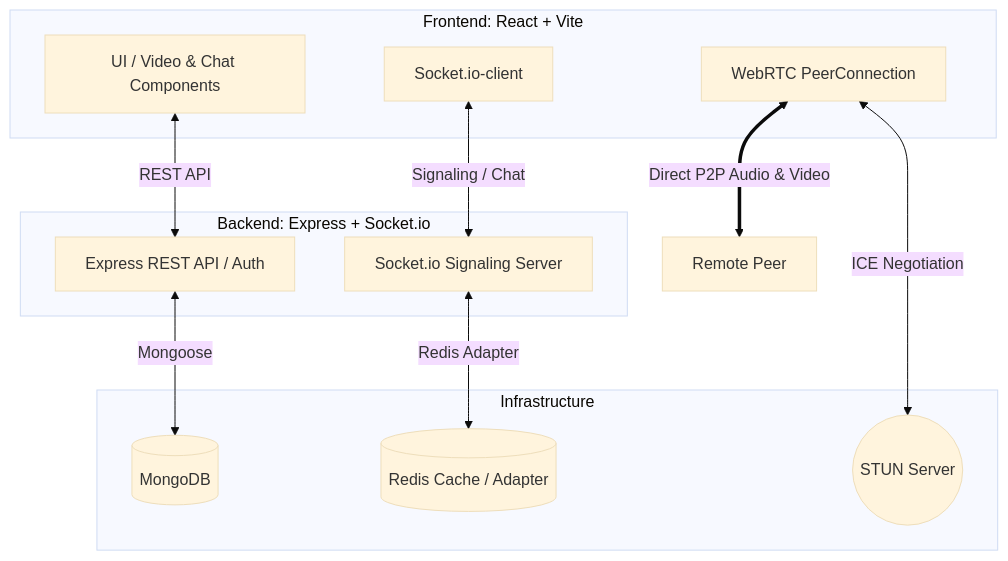
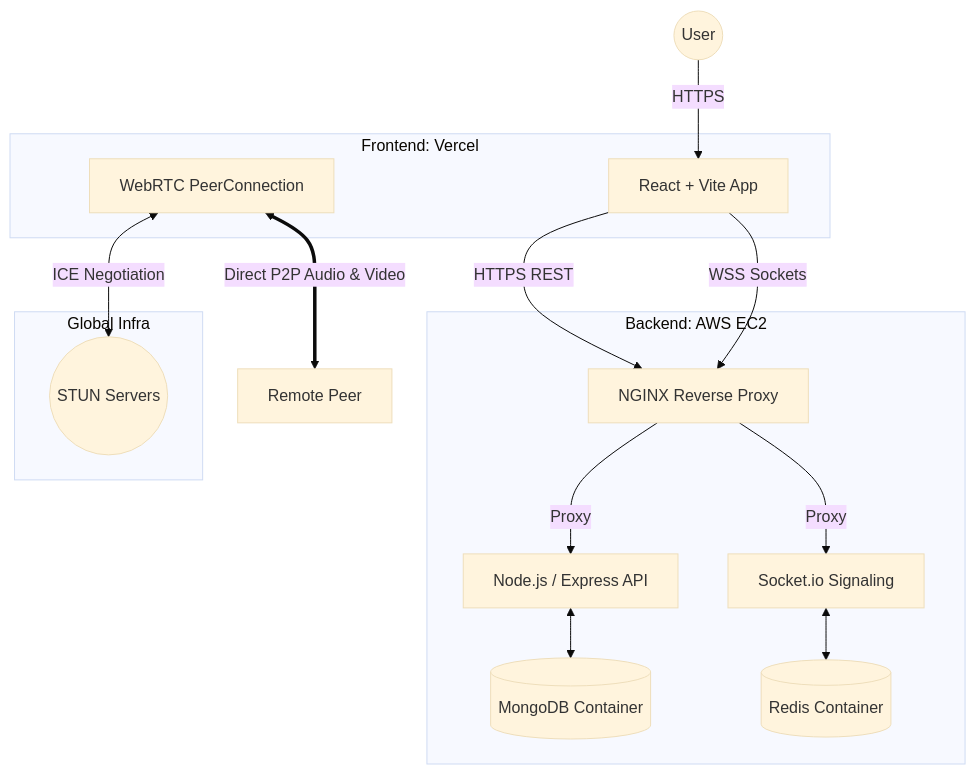
The diagram in README.md (subhadipm08/meetix), drawn with Mermaid (base theme) before and after one commit. The commit also changed other lines of this file, not shown here.

Commit message:
Update README with professional styling and architecture diagrams

````diff
--- a/README.md
+++ b/README.md
@@ -14,24 +41,27 @@
 ```mermaid
 graph TD
-    subgraph Client [Frontend: React + Vite]
-        C1[UI / Video & Chat Components]
+    subgraph Frontend [Frontend: Vercel]
+        C1[React + Vite App]
         C2[WebRTC PeerConnection]
-        C3[Socket.io-client]
     end
-    subgraph Server [Backend: Express + Socket.io]
-        S1[Express REST API / Auth]
-        S2[Socket.io Signaling Server]
+    subgraph Backend [Backend: AWS EC2]
+        Nginx[NGINX Reverse Proxy]
+        S1[Node.js / Express API]
+        S2[Socket.io Signaling]
+        DB[(MongoDB Container)]
+        RD[(Redis Container)]
     end
-    subgraph Infrastructure [Infrastructure]
-        DB[(MongoDB)]
-        RD[(Redis Cache / Adapter)]
-        STUN((STUN Server))
+    subgraph Infra [Global Infra]
+        STUN((STUN Servers))
     end
 
-    C1 <-->|REST API| S1
-    C3 <-->|Signaling / Chat| S2
+    User((User)) -->|HTTPS| C1
+    C1 -->|HTTPS REST| Nginx
+    C1 -->|WSS Sockets| Nginx
+    Nginx -->|Proxy| S1
+    Nginx -->|Proxy| S2
     C2 <-->|ICE Negotiation| STUN
-    C2 <==>|Direct P2P Audio & Video| C2_Peer[Remote Peer]
-    S1 <-->|Mongoose| DB
-    S2 <-->|Redis Adapter| RD
+    C2 <==>|Direct P2P Audio & Video| Remote[Remote Peer]
+    S1 <--> DB
+    S2 <--> RD
 ```
````
